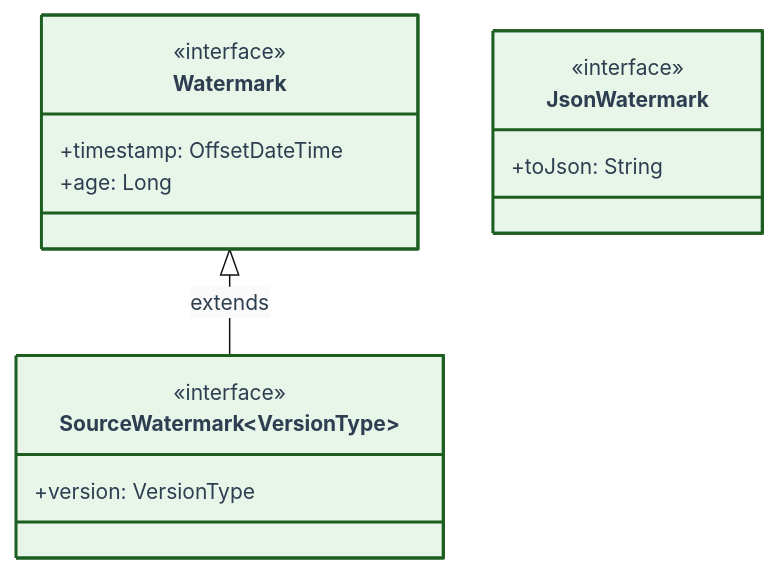
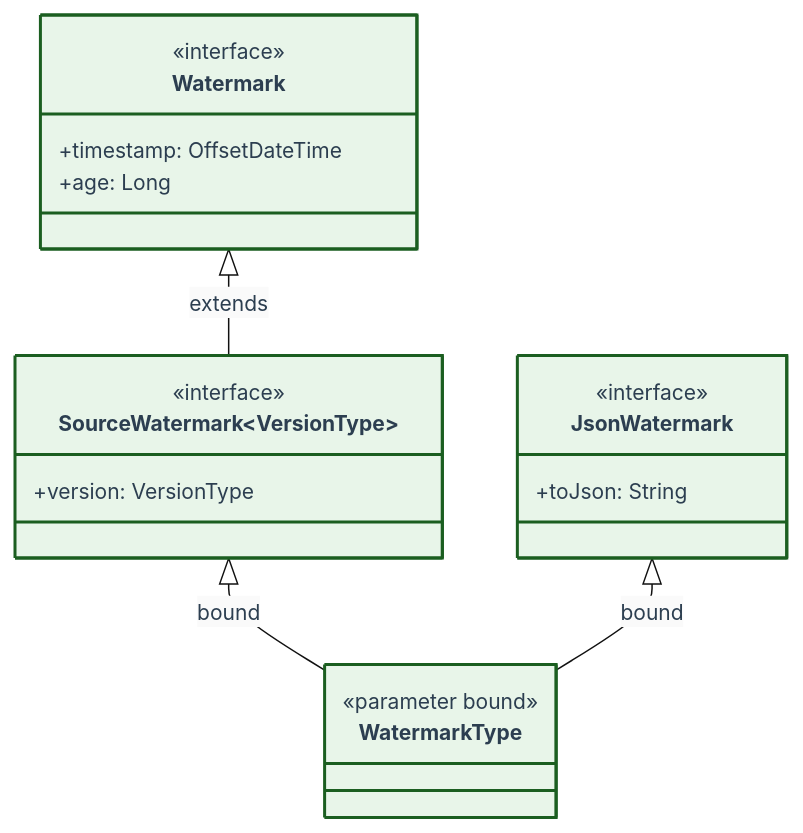
The first of 3 diagrams in docs/class_diagram.md (SneaksAndData/arcane-framework-scala), drawn with Mermaid before and after one commit.

````diff
--- a/docs/class_diagram.md
+++ b/docs/class_diagram.md
@@ -11,41 +11,47 @@
 ```mermaid
 %%{init: {
   "theme": "base",
   "themeVariables": {
     "primaryColor": "#fafafa",
     "primaryTextColor": "#2c3e50",
     "primaryBorderColor": "#7f8c8d",
     "lineColor": "#111111",
     "arrowheadColor": "#111111",
     "secondaryColor": "#fdfdfd",
     "tertiaryColor": "#ffffff",
     "fontSize": "14px",
     "fontFamily": "Fira Code, Menlo, Monaco, Consolas, Courier New, monospace"
   },
   "class": {
     "curve": "linear"
   }
 } }%%
 classDiagram
     direction TB
 
     class Watermark {
         <<interface>>
         +timestamp: OffsetDateTime
         +age: Long
     }
     class SourceWatermark~VersionType~ {
         <<interface>>
         +version: VersionType
     }
     class JsonWatermark {
         <<interface>>
         +toJson: String
     }
+    class WatermarkType {
+        <<parameter bound>>
+    }
 
     Watermark <|-- SourceWatermark : extends
+    SourceWatermark <|-- WatermarkType : bound
+    JsonWatermark <|-- WatermarkType : bound
 
     style Watermark fill:#e8f5e9,stroke:#1b5e20,stroke-width:2px
     style SourceWatermark fill:#e8f5e9,stroke:#1b5e20,stroke-width:2px
     style JsonWatermark fill:#e8f5e9,stroke:#1b5e20,stroke-width:2px
+    style WatermarkType fill:#e8f5e9,stroke:#1b5e20,stroke-width:2px
 ```
````
